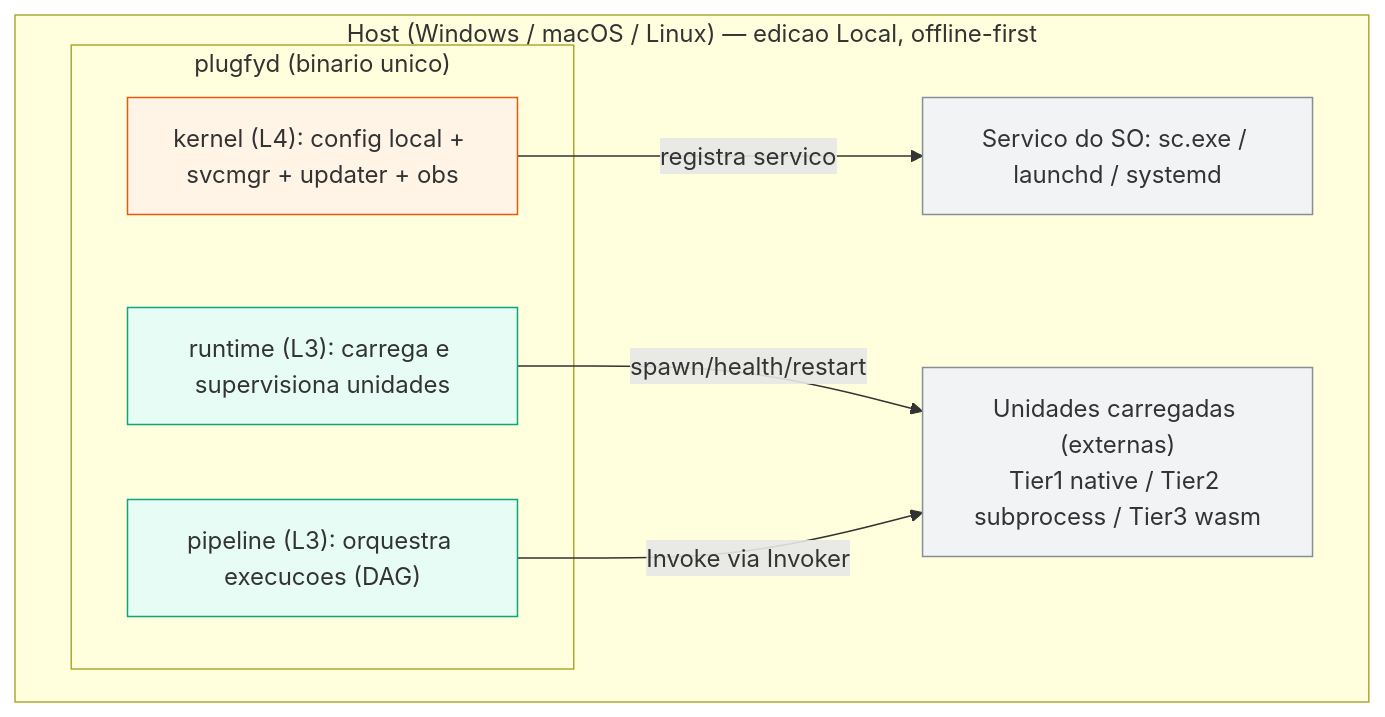
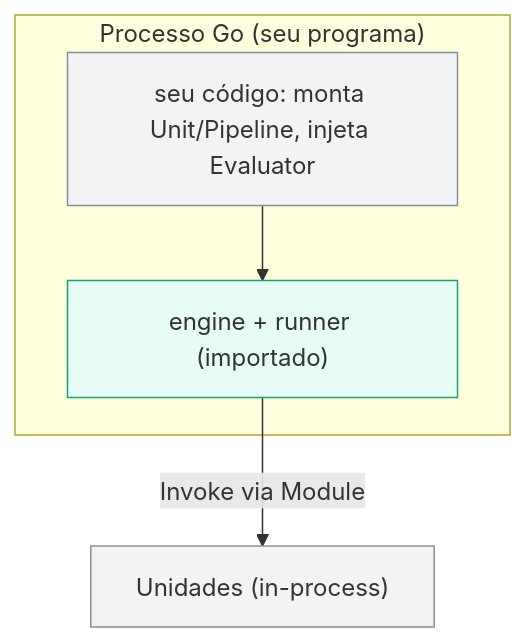
Diagram 14 of 17 in docs/architecture/plugfy-framework-architecture.md (PlugfyOS/plugfy.framework.contracts), drawn with Mermaid before and after one commit. The commit also changed other lines of this file and 1 other file, not shown here.

First line of the commit message:
docs(architecture): rewrite framework arch doc to final state — Unit + Pipeline + Execution only

````diff
--- a/docs/architecture/plugfy-framework-architecture.md
+++ b/docs/architecture/plugfy-framework-architecture.md
@@ -943,19 +799,13 @@
 ```mermaid
 flowchart TB
-  classDef l3 fill:#e6fcf5,stroke:#0ca678;
-  classDef l4 fill:#fff4e6,stroke:#e8590c;
+  classDef eng fill:#e6fcf5,stroke:#0ca678;
   classDef ext fill:#f1f3f5,stroke:#868e96;
-  subgraph host["Host (Windows / macOS / Linux) — edicao Local, offline-first"]
-    subgraph bin["plugfyd (binario unico)"]
-      RUN["runtime (L3): carrega e supervisiona unidades"]
-      PIPE["pipeline (L3): orquestra execucoes (DAG)"]
-      KER["kernel (L4): config local + svcmgr + updater + obs"]
-    end
-    UNITS["Unidades carregadas (externas)<br/>Tier1 native / Tier2 subprocess / Tier3 wasm"]
-    SVC["Servico do SO: sc.exe / launchd / systemd"]
+  subgraph proc["Processo Go (seu programa)"]
+    APP["seu código: monta Unit/Pipeline, injeta Evaluator"]
+    ENG["engine + runner (importado)"]
+    APP --> ENG
   end
-  KER -->|"registra servico"| SVC
-  RUN -->|"spawn/health/restart"| UNITS
-  PIPE -->|"Invoke via Invoker"| UNITS
-  class RUN,PIPE l3; class KER l4; class UNITS,SVC ext;
+  UNITS["Unidades (in-process)"]
+  ENG -->|"Invoke via Module"| UNITS
+  class ENG eng; class APP,UNITS ext;
 ```
````
